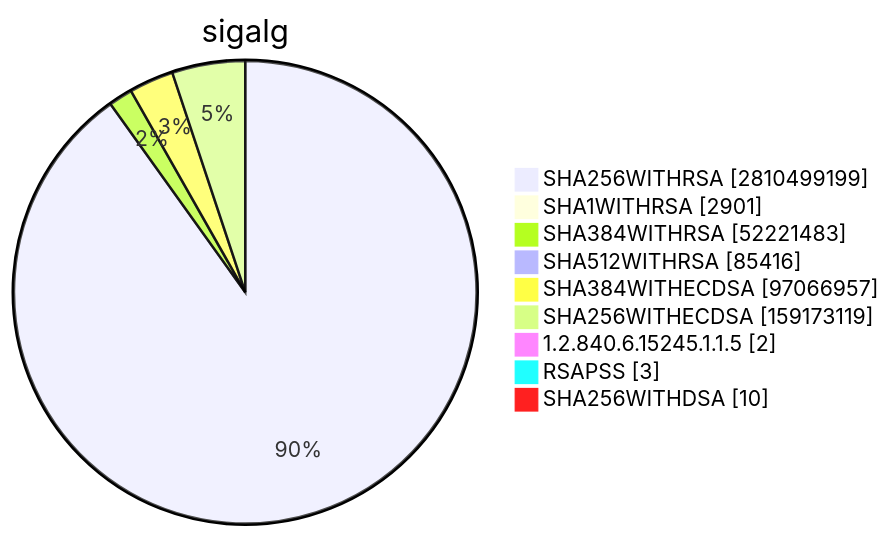
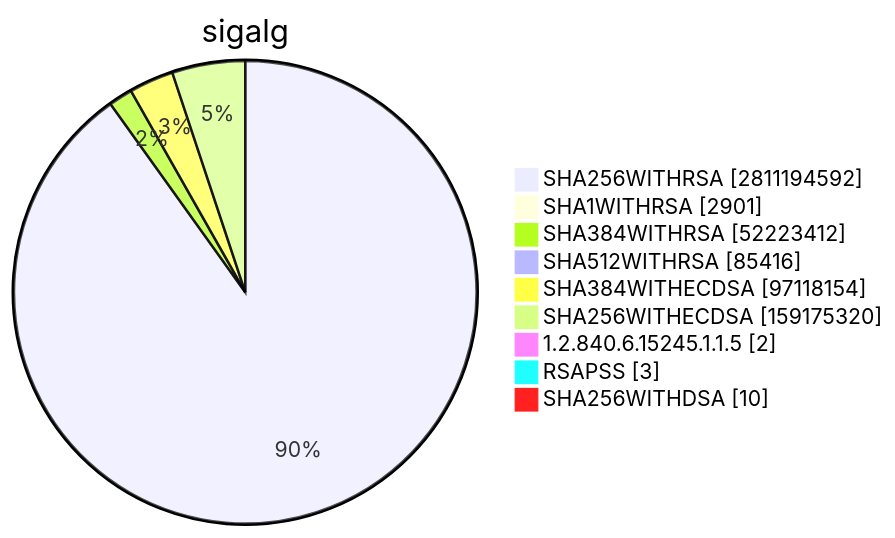
Diagram 15 of 15 in TOTAL/README.md (christiankrug/ctmonitor_visualization), drawn with Mermaid before and after one commit. The commit also changed other lines of this file, not shown here.

````diff
--- a/TOTAL/README.md
+++ b/TOTAL/README.md
@@ -6205,13 +6205,13 @@
 ```mermaid
 pie showData
 title sigalg
-"SHA256WITHRSA" :2810499199
+"SHA256WITHRSA" :2811194592
 "SHA1WITHRSA" :2901
-"SHA384WITHRSA" :52221483
+"SHA384WITHRSA" :52223412
 "SHA512WITHRSA" :85416
-"SHA384WITHECDSA" :97066957
-"SHA256WITHECDSA" :159173119
+"SHA384WITHECDSA" :97118154
+"SHA256WITHECDSA" :159175320
 "1.2.840.6.15245.1.1.5" :2
 "RSAPSS" :3
 "SHA256WITHDSA" :10
 ```
````
